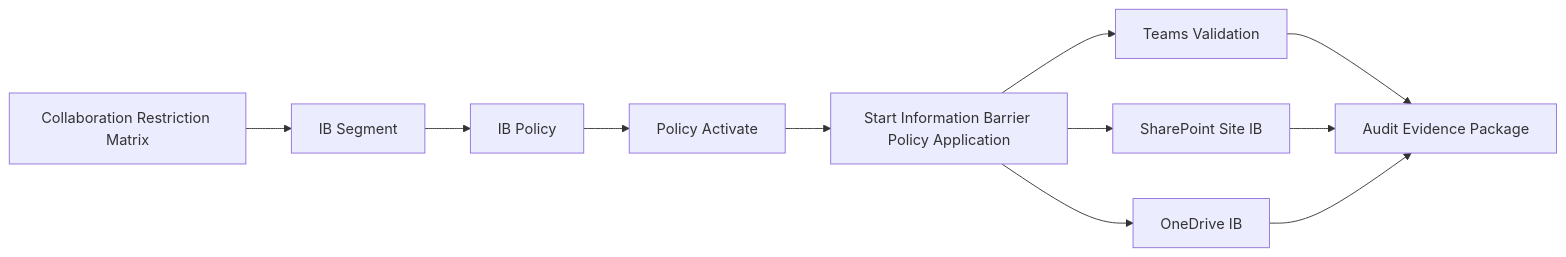
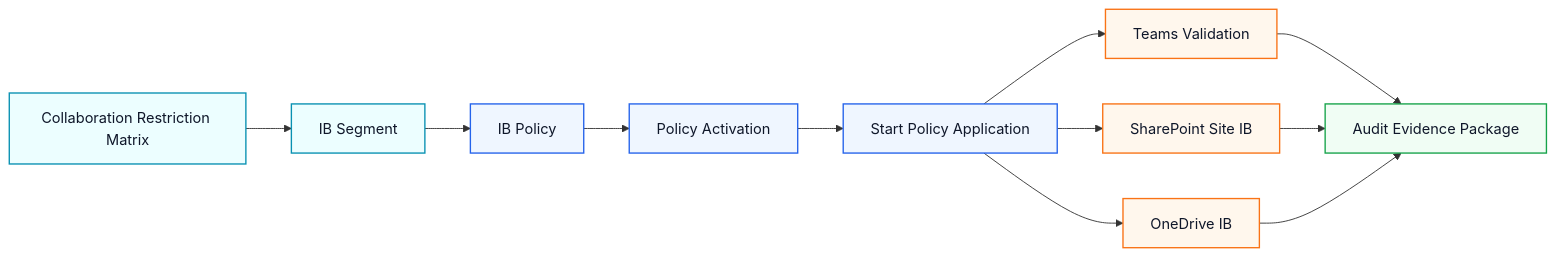
One commit to Eric841001/Eric841001.github.io changed the first of 2 diagrams in docs/security/information-barriers.md. Above: the diagram before and after it, drawn with Mermaid. The commit also changed other lines of this file and 14 other files, not shown here.

Commit message:
Improve downloads flow and asset request UX

````diff
--- a/docs/security/information-barriers.md
+++ b/docs/security/information-barriers.md
@@ -26,23 +28,25 @@
 ```mermaid
 flowchart LR
-  Matrix["Collaboration Restriction Matrix"]
-  Segment["IB Segment"]
-  Policy["IB Policy"]
-  Activate["Policy Activate"]
-  AppStart["Start Information Barrier Policy Application"]
-  Teams["Teams Validation"]
-  SPO["SharePoint Site IB"]
-  ODB["OneDrive IB"]
-  Evidence["Audit Evidence Package"]
+  Matrix["Collaboration Restriction Matrix"]:::plan
+  Segment["IB Segment"]:::plan
+  Policy["IB Policy"]:::control
+  Activate["Policy Activation"]:::control
+  Apply["Start Policy Application"]:::control
+  Teams["Teams Validation"]:::workload
+  SPO["SharePoint Site IB"]:::workload
+  ODB["OneDrive IB"]:::workload
+  Evidence["Audit Evidence Package"]:::outcome
 
-  Matrix --> Segment
-  Segment --> Policy
-  Policy --> Activate
-  Activate --> AppStart
-  AppStart --> Teams
-  AppStart --> SPO
-  AppStart --> ODB
+  Matrix --> Segment --> Policy --> Activate --> Apply
+  Apply --> Teams
+  Apply --> SPO
+  Apply --> ODB
   Teams --> Evidence
   SPO --> Evidence
   ODB --> Evidence
+
+  classDef plan fill:#ecfeff,stroke:#0891b2,color:#0f172a,stroke-width:1.5px
+  classDef control fill:#eff6ff,stroke:#2563eb,color:#0f172a,stroke-width:1.5px
+  classDef workload fill:#fff7ed,stroke:#f97316,color:#0f172a,stroke-width:1.5px
+  classDef outcome fill:#f0fdf4,stroke:#16a34a,color:#0f172a,stroke-width:1.5px
 ```
````
